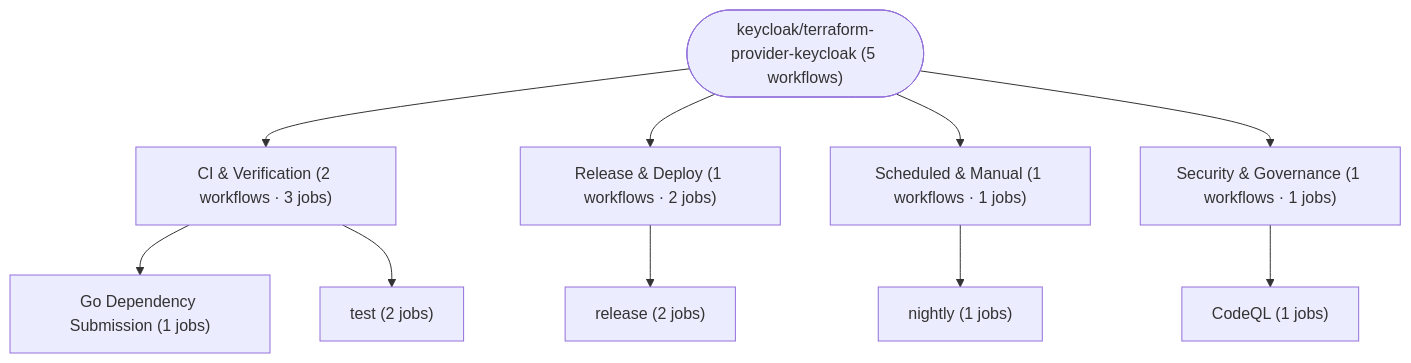
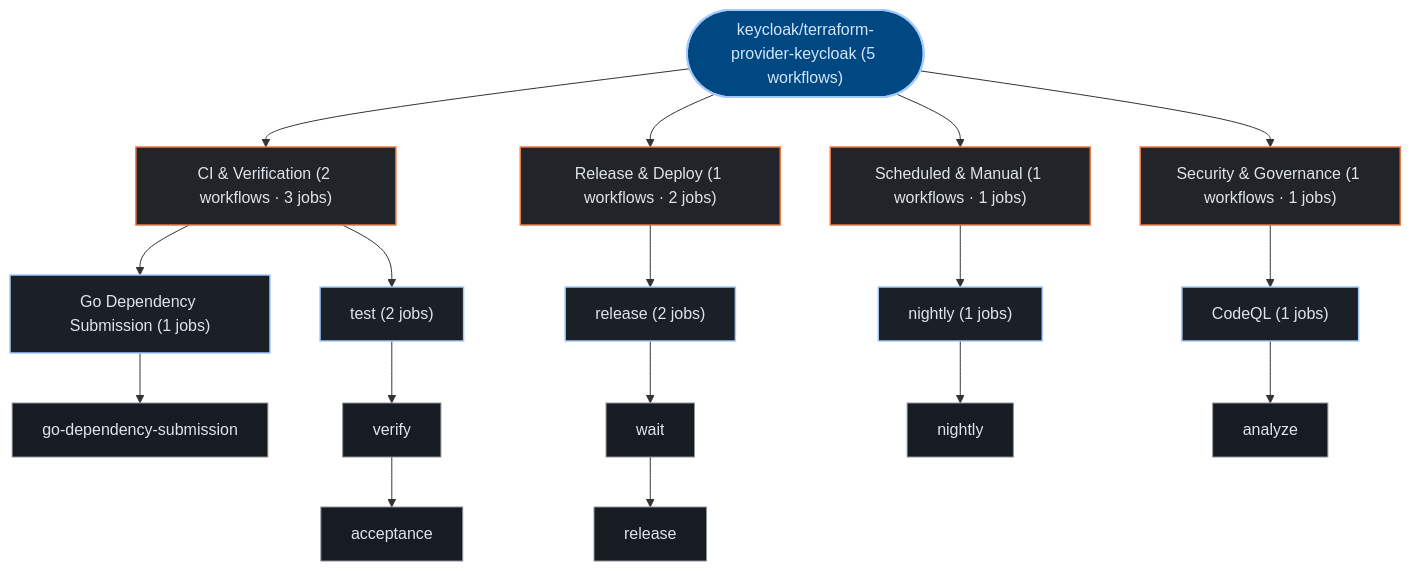
Before and after one commit to kumarshaz/atruss-code-atlas: the third of 3 diagrams in exports/latest/reports/keycloak-terraform-provider-keycloak-report.md, drawn with Mermaid. The commit also changed other lines of this file and 331 other files, not shown here.

Commit message:
docs,ui,fix: update SDLC docs, reorder CI/CD DAG first, stylize Mermaid, and fix Arc42 pipeline topology

````diff
--- a/exports/latest/reports/keycloak-terraform-provider-keycloak-report.md
+++ b/exports/latest/reports/keycloak-terraform-provider-keycloak-report.md
@@ -244,22 +255,43 @@
 ```mermaid
 graph TD;
-  pipeline_root(["keycloak/terraform-provider-keycloak (5 workflows)"])
-  grp_0_CI___Verification["CI & Verification (2 workflows · 3 jobs)"]
+  classDef atlasRoot fill:#004882,stroke:#a3c9ff,stroke-width:2px,color:#d3e4ff
+  classDef atlasCategory fill:#212428,stroke:#E87A48,stroke-width:1.5px,color:#dfe3eb
+  classDef atlasWorkflow fill:#1b2026,stroke:#a3c9ff,stroke-width:1.5px,color:#dfe3eb
+  classDef atlasJob fill:#171c22,stroke:#8d9199,stroke-width:1px,color:#dfe3eb
+  classDef atlasTarget fill:#005227,stroke:#8bd99b,stroke-width:1.5px,color:#a7f6b6
+  classDef atlasAlert fill:#93000a,stroke:#ffb4ab,stroke-width:1.5px,color:#ffdad6
+  classDef atlasMore fill:#252a31,stroke:#8d9199,stroke-dasharray:4 4,color:#c3c6cf
+  pipeline_root(["keycloak/terraform-provider-keycloak (5 workflows)"]):::atlasRoot
+  grp_0_CI___Verification["CI & Verification (2 workflows · 3 jobs)"]:::atlasCategory
   pipeline_root --> grp_0_CI___Verification
-  wf_1_Go_Dependency_Submission["Go Dependency Submission (1 jobs)"]
+  wf_1_Go_Dependency_Submission["Go Dependency Submission (1 jobs)"]:::atlasWorkflow
   grp_0_CI___Verification --> wf_1_Go_Dependency_Submission
-  wf_4_test["test (2 jobs)"]
+  job_1_go_dependency_submission["go-dependency-submission"]:::atlasJob
+  wf_1_Go_Dependency_Submission --> job_1_go_dependency_submission
+  wf_4_test["test (2 jobs)"]:::atlasWorkflow
   grp_0_CI___Verification --> wf_4_test
-  grp_1_Release___Deploy["Release & Deploy (1 workflows · 2 jobs)"]
+  job_4_verify["verify"]:::atlasJob
+  job_4_acceptance["acceptance"]:::atlasJob
+  wf_4_test --> job_4_verify
+  job_4_verify --> job_4_acceptance
+  grp_1_Release___Deploy["Release & Deploy (1 workflows · 2 jobs)"]:::atlasCategory
   pipeline_root --> grp_1_Release___Deploy
-  wf_3_release["release (2 jobs)"]
+  wf_3_release["release (2 jobs)"]:::atlasWorkflow
   grp_1_Release___Deploy --> wf_3_release
-  grp_2_Scheduled___Manual["Scheduled & Manual (1 workflows · 1 jobs)"]
+  job_3_wait["wait"]:::atlasJob
+  job_3_release["release"]:::atlasJob
+  wf_3_release --> job_3_wait
+  job_3_wait --> job_3_release
+  grp_2_Scheduled___Manual["Scheduled & Manual (1 workflows · 1 jobs)"]:::atlasCategory
   pipeline_root --> grp_2_Scheduled___Manual
-  wf_2_nightly["nightly (1 jobs)"]
+  wf_2_nightly["nightly (1 jobs)"]:::atlasWorkflow
   grp_2_Scheduled___Manual --> wf_2_nightly
-  grp_3_Security___Governance["Security & Governance (1 workflows · 1 jobs)"]
+  job_2_nightly["nightly"]:::atlasJob
+  wf_2_nightly --> job_2_nightly
+  grp_3_Security___Governance["Security & Governance (1 workflows · 1 jobs)"]:::atlasCategory
   pipeline_root --> grp_3_Security___Governance
-  wf_0_CodeQL["CodeQL (1 jobs)"]
+  wf_0_CodeQL["CodeQL (1 jobs)"]:::atlasWorkflow
   grp_3_Security___Governance --> wf_0_CodeQL
+  job_0_analyze["analyze"]:::atlasJob
+  wf_0_CodeQL --> job_0_analyze
 ```
````
